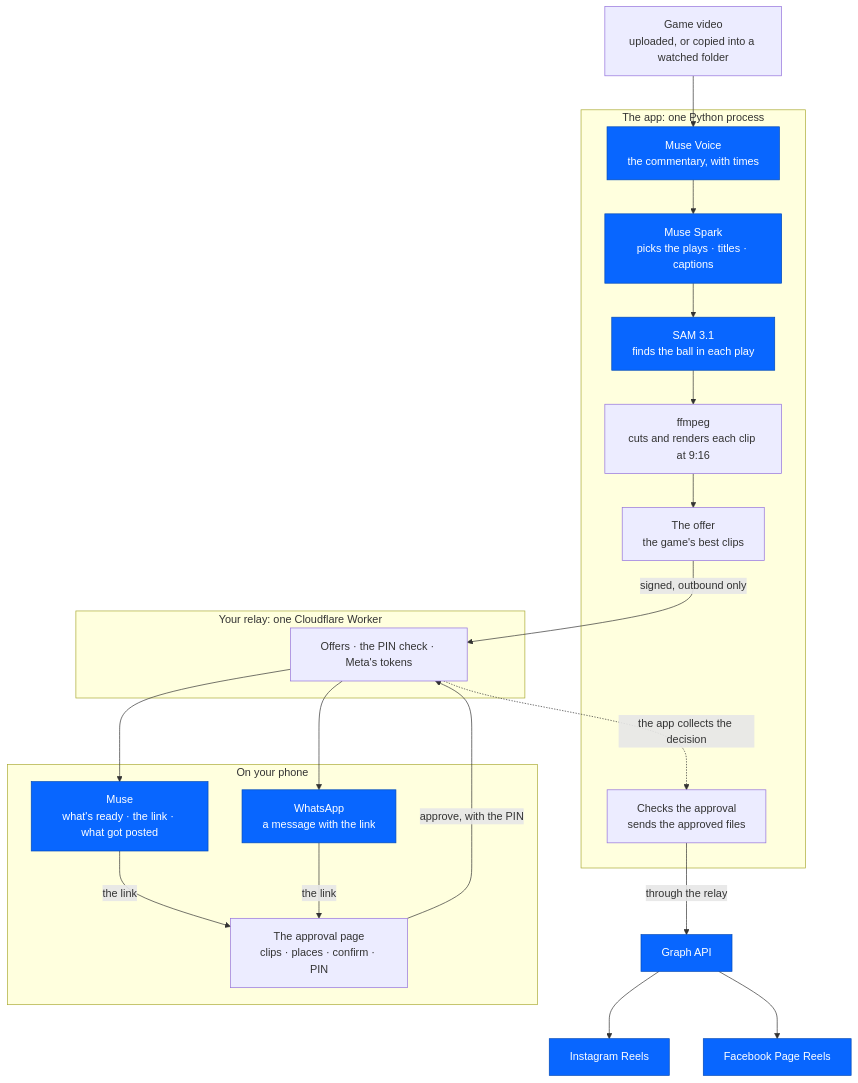
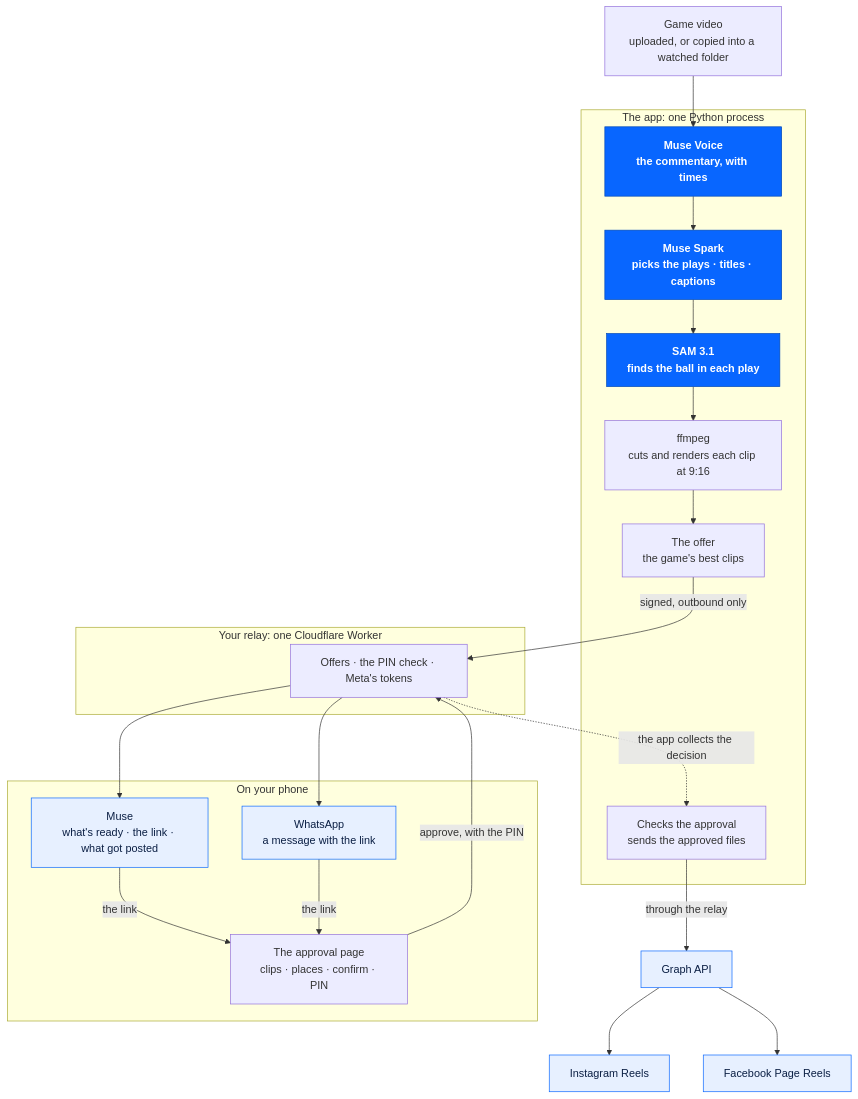
The diagram in docs/ARCHITECTURE.md (ColinGPT9/clips-kitty-gameday), drawn with Mermaid before and after one commit. The commit also changed other lines of this file and 1 other file, not shown here.

Commit message:
Show the architecture diagram in the README, with Meta's models in blue
Muse Voice, Muse Spark and SAM 3.1 are solid Meta blue. Meta's apps and APIs (Muse, WhatsApp, the Graph API, Instagram, Facebook) are light blue. A key under the diagram says which is which. docs/ARCHITECTURE.md uses the same colours.

````diff
--- a/docs/ARCHITECTURE.md
+++ b/docs/ARCHITECTURE.md
@@ -5,36 +5,38 @@
 ```mermaid
 flowchart TD
     F["Game video<br/>uploaded, or copied into a watched folder"]
     subgraph APP["The app: one Python process"]
         V["Muse Voice<br/>the commentary, with times"]
         S["Muse Spark<br/>picks the plays · titles · captions"]
         M["SAM 3.1<br/>finds the ball in each play"]
         R["ffmpeg<br/>cuts and renders each clip at 9:16"]
         O["The offer<br/>the game's best clips"]
         C["Checks the approval<br/>sends the approved files"]
     end
     subgraph RL["Your relay: one Cloudflare Worker"]
         Q["Offers · the PIN check · Meta's tokens"]
     end
     subgraph PH["On your phone"]
         MU["Muse<br/>what's ready · the link · what got posted"]
         WA["WhatsApp<br/>a message with the link"]
         AP["The approval page<br/>clips · places · confirm · PIN"]
     end
     G["Graph API"]
     IG["Instagram Reels"]
     FB["Facebook Page Reels"]
     F --> V --> S --> M --> R --> O
     O -->|signed, outbound only| Q
     Q --> MU
     Q --> WA
     MU -->|the link| AP
     WA -->|the link| AP
     AP -->|approve, with the PIN| Q
     Q -.->|the app collects the decision| C
     C -->|through the relay| G
     G --> IG
     G --> FB
-    classDef meta fill:#0866FF,stroke:#0049B7,color:#fff
-    class V,S,M,MU,WA,G,IG,FB meta
+    classDef model fill:#0866FF,stroke:#0049B7,color:#ffffff,font-weight:bold
+    classDef metaapp fill:#E7F0FF,stroke:#0866FF,color:#0B1F44
+    class V,S,M model
+    class MU,WA,G,IG,FB metaapp
 ```
````
